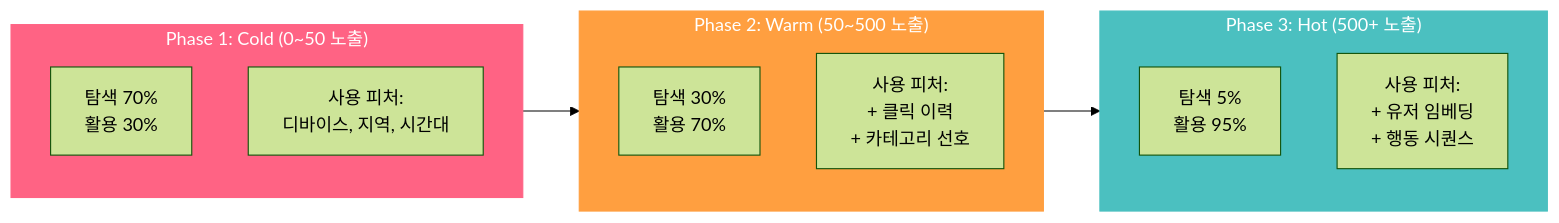
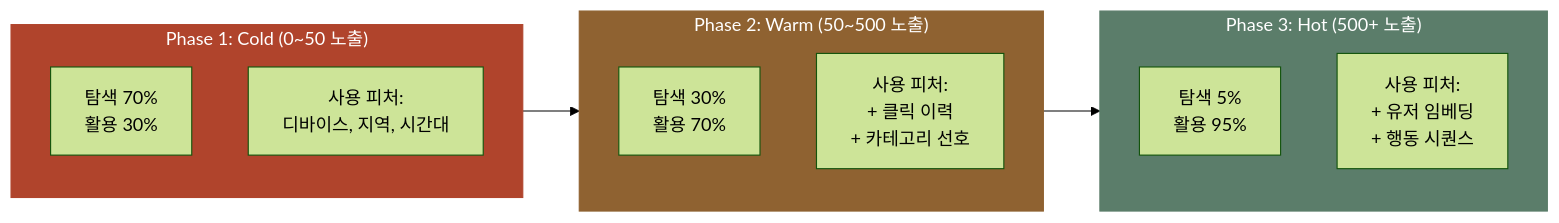
The fourth of 5 diagrams in posts/exploration-exploitation.md (chkimsu/adtech-blog), drawn with Mermaid (forest theme) before and after one commit. The commit also changed other lines of this file and 40 other files, not shown here.

````diff
--- a/posts/exploration-exploitation.md
+++ b/posts/exploration-exploitation.md
@@ -314,23 +314,23 @@
 ```mermaid
 graph LR
     subgraph Phase1["Phase 1: Cold (0~50 노출)"]
         P1_E["탐색 70%<br/>활용 30%"]
         P1_F["사용 피처:<br/>디바이스, 지역, 시간대"]
     end
 
     subgraph Phase2["Phase 2: Warm (50~500 노출)"]
         P2_E["탐색 30%<br/>활용 70%"]
         P2_F["사용 피처:<br/>+ 클릭 이력<br/>+ 카테고리 선호"]
     end
 
     subgraph Phase3["Phase 3: Hot (500+ 노출)"]
         P3_E["탐색 5%<br/>활용 95%"]
         P3_F["사용 피처:<br/>+ 유저 임베딩<br/>+ 행동 시퀀스"]
     end
 
     Phase1 --> Phase2 --> Phase3
 
-    style Phase1 fill:#ff6384,stroke:#ff6384,color:#fff
-    style Phase2 fill:#ff9f40,stroke:#ff9f40,color:#fff
-    style Phase3 fill:#4bc0c0,stroke:#4bc0c0,color:#fff
+    style Phase1 fill:#b0442c,stroke:#b0442c,color:#fff
+    style Phase2 fill:#8f6231,stroke:#8f6231,color:#fff
+    style Phase3 fill:#5b7d6a,stroke:#5b7d6a,color:#fff
 ```
````
